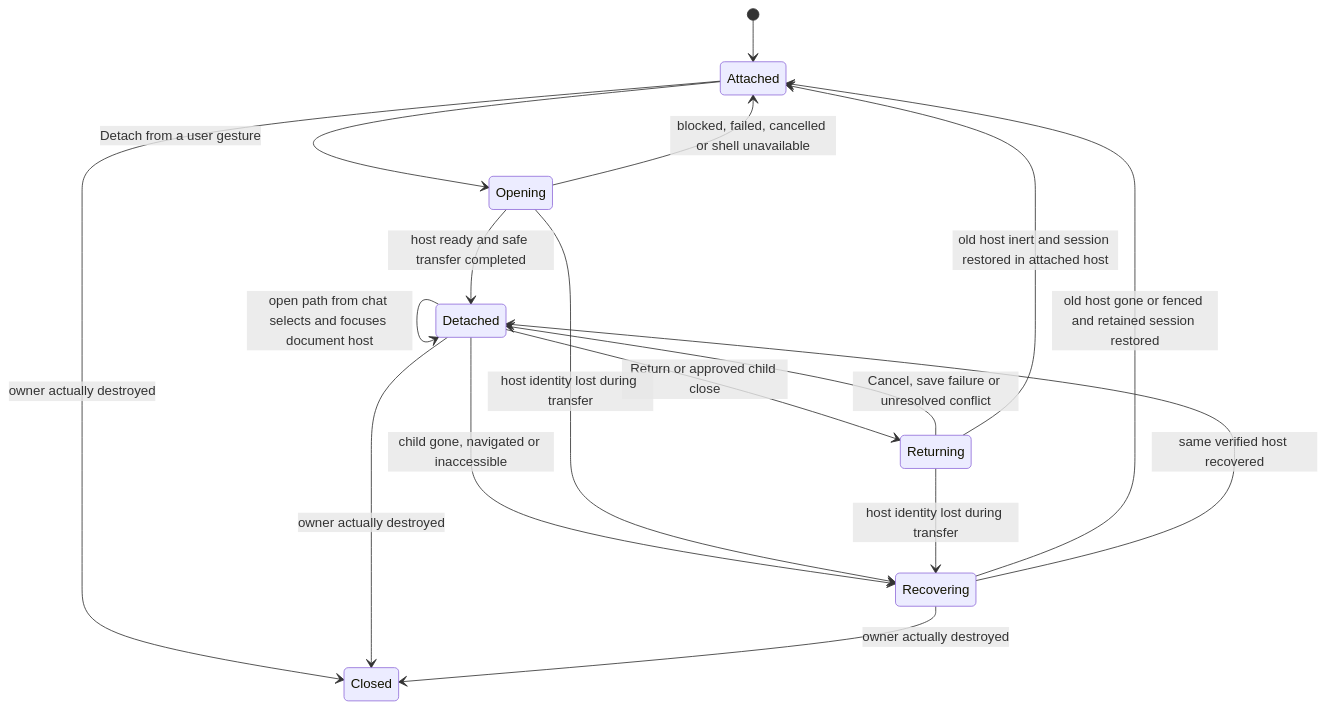
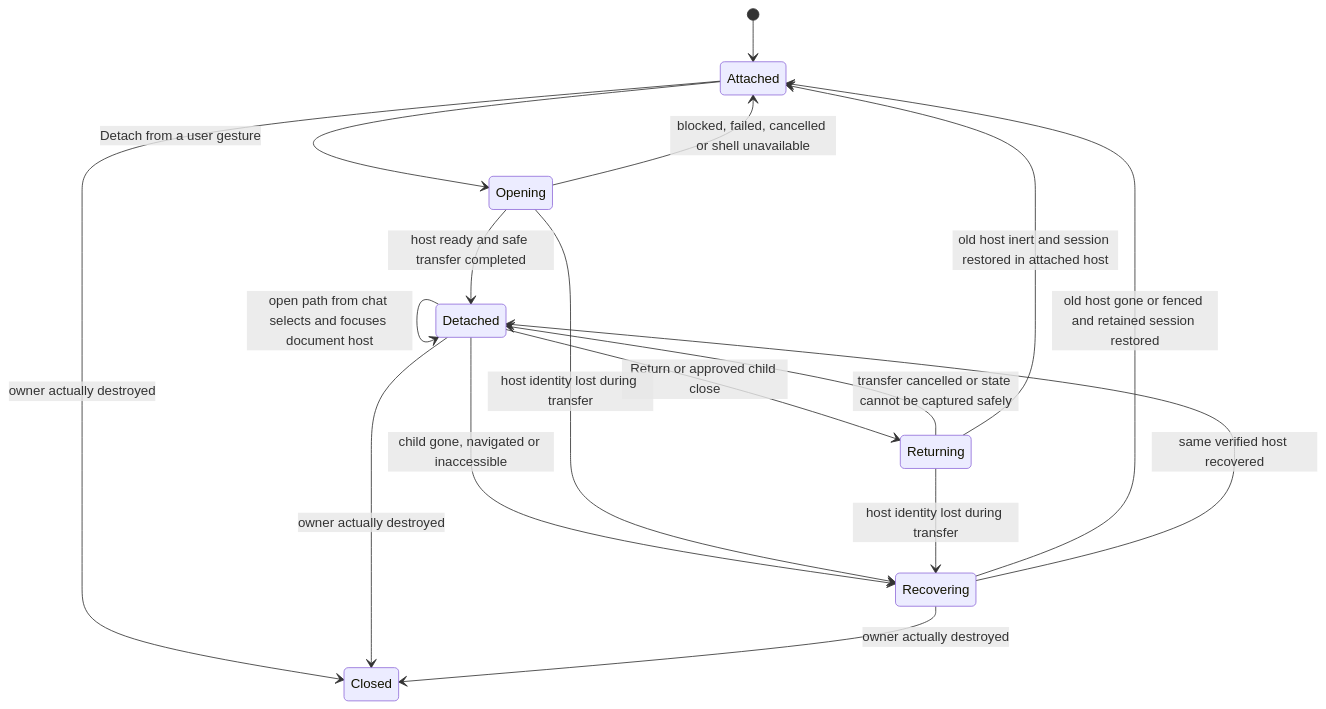
Before and after one commit to bussard76/exxperts: the first of 2 diagrams in design/t20-detach-window/logic.md, drawn with Mermaid. The commit also changed 1 other file, not shown here.

Commit message:
docs: clarify T20 transfer guard and verification evidence

````diff
--- a/design/t20-detach-window/logic.md
+++ b/design/t20-detach-window/logic.md
@@ -44,19 +44,19 @@
 ```mermaid
 stateDiagram-v2
     [*] --> Attached
     Attached --> Opening: Detach from a user gesture
     Opening --> Attached: blocked, failed, cancelled or shell unavailable
     Opening --> Detached: host ready and safe transfer completed
     Detached --> Detached: open path from chat selects and focuses document host
     Detached --> Returning: Return or approved child close
-    Returning --> Detached: Cancel, save failure or unresolved conflict
+    Returning --> Detached: transfer cancelled or state cannot be captured safely
     Returning --> Attached: old host inert and session restored in attached host
     Detached --> Recovering: child gone, navigated or inaccessible
     Opening --> Recovering: host identity lost during transfer
     Returning --> Recovering: host identity lost during transfer
     Recovering --> Attached: old host gone or fenced and retained session restored
     Recovering --> Detached: same verified host recovered
     Attached --> Closed: owner actually destroyed
     Detached --> Closed: owner actually destroyed
     Recovering --> Closed: owner actually destroyed
 ```
````
